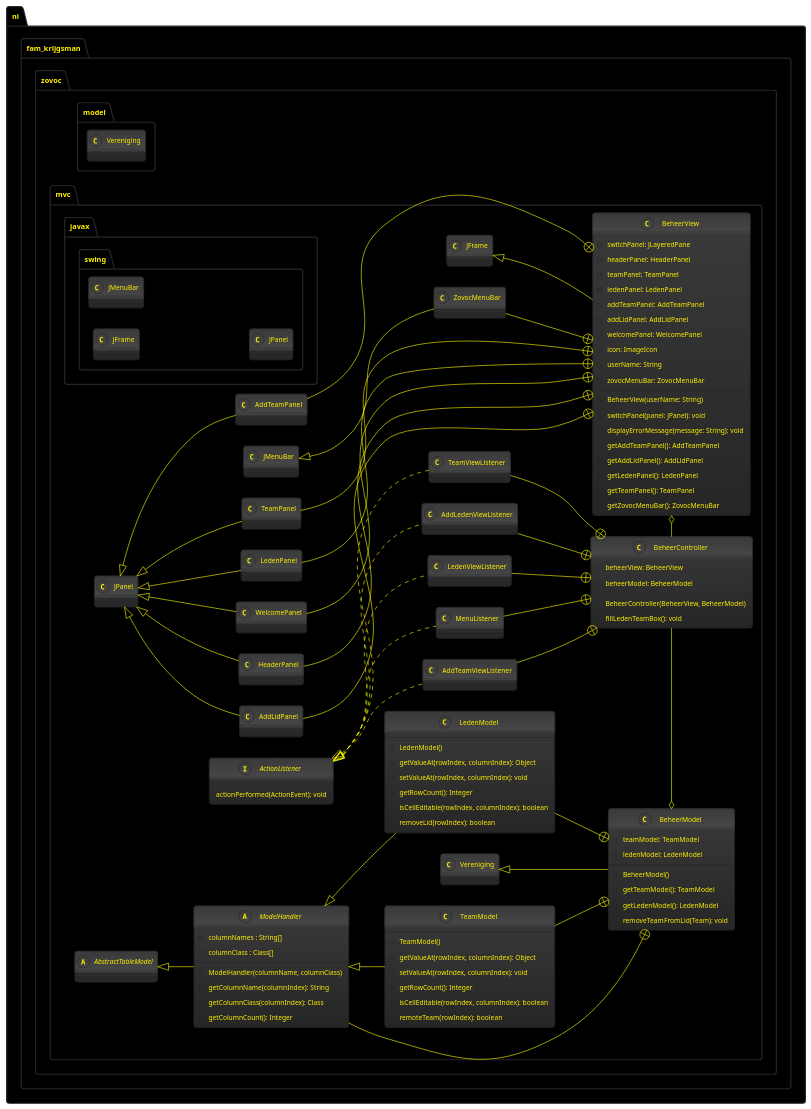
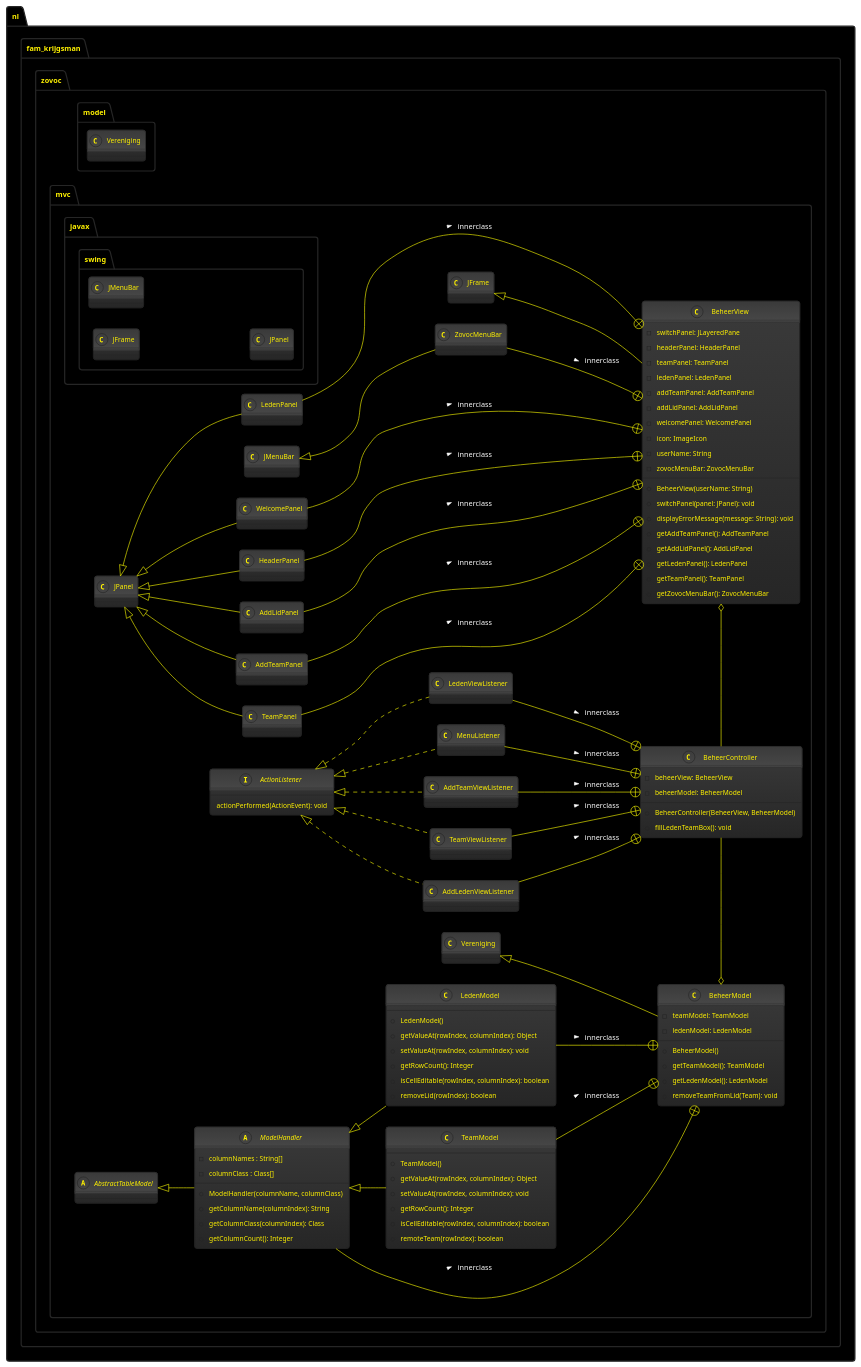
The diagram in Docs/mvc.Beheer.puml (kaasszje/Zovoc-Leden-Beheer), drawn with PlantUML before and after one commit.

Commit message:
Innerclasses toegevoegd aan beheer mvc plaatje

```diff
--- a/Docs/mvc.Beheer.puml
+++ b/Docs/mvc.Beheer.puml
@@ -1,140 +1,140 @@
 @startuml
 'https://plantuml.com/class-diagram
 left to right direction
 !theme black-knight
 
 skinparam class {
     ArrowColor Yellow
     ArrowThickness 1
 }
 
 skinparam package {
     BackgroundColor #000000
 }
 
 Package nl.fam_krijgsman.zovoc.model {
 class Vereniging
 }
 
 Package nl.fam_krijgsman.zovoc.mvc {
 Package javax.swing{
     class JFrame
     class JMenuBar
     class JPanel
 }
 
 class BeheerModel extends Vereniging {
     - teamModel: TeamModel
     - ledenModel: LedenModel
     + BeheerModel()
     + getTeamModel(): TeamModel
     + getLedenModel(): LedenModel
     + removeTeamFromLid(Team): void
 }
 
 class TeamModel extends ModelHandler {
     + TeamModel()
     + getValueAt(rowIndex, columnIndex): Object
     + setValueAt(rowIndex, columnIndex): void
     + getRowCount(): Integer
     + isCellEditable(rowIndex, columnIndex): boolean
     + remoteTeam(rowIndex): boolean
 }
 
 class LedenModel extends ModelHandler {
     + LedenModel()
     + getValueAt(rowIndex, columnIndex): Object
     + setValueAt(rowIndex, columnIndex): void
     + getRowCount(): Integer
     + isCellEditable(rowIndex, columnIndex): boolean
     + removeLid(rowIndex): boolean
 }
 
 abstract class ModelHandler extends AbstractTableModel {
     - columnNames : String[]
     - columnClass : Class[]
     + ModelHandler(columnName, columnClass)
     + getColumnName(columnIndex): String
     + getColumnClass(columnIndex): Class
     + getColumnCount(): Integer
 }
 
 abstract class AbstractTableModel
 
 class BeheerView extends JFrame {
     - switchPanel: JLayeredPane
     - headerPanel: HeaderPanel
     - teamPanel: TeamPanel
     - ledenPanel: LedenPanel
     - addTeamPanel: AddTeamPanel
     - addLidPanel: AddLidPanel
     - welcomePanel: WelcomePanel
     - icon: ImageIcon
     - userName: String
     - zovocMenuBar: ZovocMenuBar
     + BeheerView(userName: String)
     + switchPanel(panel: JPanel): void
     + displayErrorMessage(message: String): void
     + getAddTeamPanel(): AddTeamPanel
     + getAddLidPanel(): AddLidPanel
     + getLedenPanel(): LedenPanel
     + getTeamPanel(): TeamPanel
     + getZovocMenuBar(): ZovocMenuBar
 }
 
 class BeheerController {
     - beheerView: BeheerView
     - beheerModel: BeheerModel
     + BeheerController(BeheerView, BeheerModel)
     + fillLedenTeamBox(): void
 }
 
 'Beheerview
 class ZovocMenuBar extends JMenuBar
 class HeaderPanel extends JPanel
 class WelcomePanel extends JPanel
 class LedenPanel extends JPanel
 class TeamPanel extends JPanel
 class AddTeamPanel extends JPanel
 class AddLidPanel extends JPanel
 
 'BeheerController
 interface ActionListener {
     actionPerformed(ActionEvent): void
 }
 class MenuListener implements ActionListener
 class LedenViewListener implements ActionListener
 class AddLedenViewListener implements ActionListener
 class TeamViewListener implements ActionListener
 class AddTeamViewListener implements ActionListener
 
 
 'interne Beheermodel classes
-TeamModel --+ BeheerModel
-LedenModel --+ BeheerModel
-ModelHandler --+ BeheerModel
+TeamModel --+ BeheerModel : innerclass >
+LedenModel --+ BeheerModel : innerclass >
+ModelHandler --+ BeheerModel : innerclass >
 
 'interne Beheerview classes
-ZovocMenuBar --+ BeheerView
-HeaderPanel --+ BeheerView
-WelcomePanel --+ BeheerView
-LedenPanel ---+ BeheerView
-TeamPanel ---+ BeheerView
-AddTeamPanel ---+ BeheerView
-AddLidPanel ---+ BeheerView
+ZovocMenuBar --+ BeheerView : innerclass >
+HeaderPanel --+ BeheerView : innerclass >
+WelcomePanel --+ BeheerView : innerclass >
+LedenPanel ---+ BeheerView : innerclass >
+TeamPanel ---+ BeheerView : innerclass >
+AddTeamPanel ---+ BeheerView : innerclass >
+AddLidPanel ---+ BeheerView : innerclass >
 
 'interne Beheercontroller classes
-MenuListener --+ BeheerController
-LedenViewListener --+ BeheerController
-AddLedenViewListener --+ BeheerController
-TeamViewListener --+ BeheerController
-AddTeamViewListener --+ BeheerController
+MenuListener --+ BeheerController : innerclass >
+LedenViewListener --+ BeheerController : innerclass >
+AddLedenViewListener --+ BeheerController : innerclass >
+TeamViewListener --+ BeheerController : innerclass >
+AddTeamViewListener --+ BeheerController : innerclass >
 
 BeheerController -o BeheerView
 BeheerModel o- BeheerController
 
 }
 
 
 
 @enduml
```
